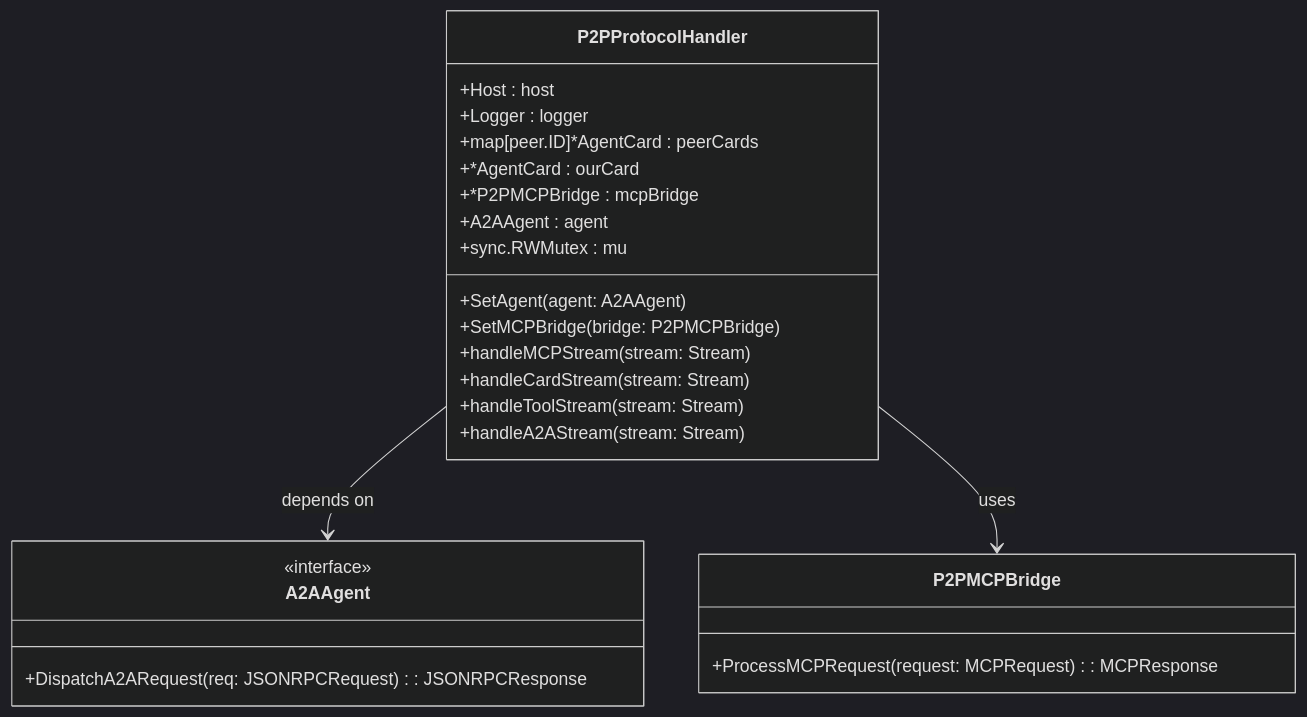
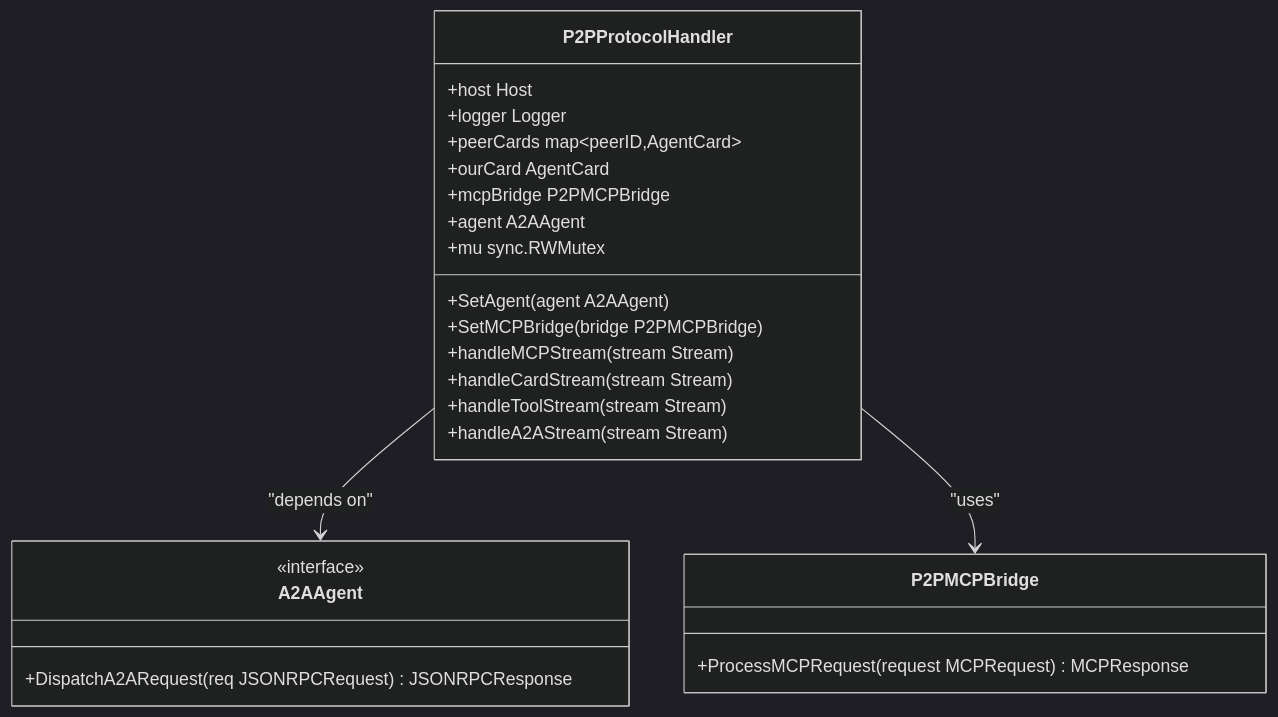
The fourth of 5 diagrams in docs/Architecture Overview/P2P Networking Layer/Connection Lifecycle and Management.md (prxs-ai/praxis-go-sdk), drawn with Mermaid (dark theme) before and after one commit. The commit also changed 33 other files, not shown here.

````diff
--- a/docs/Architecture Overview/P2P Networking Layer/Connection Lifecycle and Management.md
+++ b/docs/Architecture Overview/P2P Networking Layer/Connection Lifecycle and Management.md
@@ -151,27 +151,27 @@
 ```mermaid
 classDiagram
 class P2PProtocolHandler {
-+Host : host
-+Logger : logger
-+map[peer.ID]*AgentCard : peerCards
-+*AgentCard : ourCard
-+*P2PMCPBridge : mcpBridge
-+A2AAgent : agent
-+sync.RWMutex : mu
-+SetAgent(agent: A2AAgent)
-+SetMCPBridge(bridge: P2PMCPBridge)
-+handleMCPStream(stream: Stream)
-+handleCardStream(stream: Stream)
-+handleToolStream(stream: Stream)
-+handleA2AStream(stream: Stream)
++host Host
++logger Logger
++peerCards map~peerID,AgentCard~
++ourCard AgentCard
++mcpBridge P2PMCPBridge
++agent A2AAgent
++mu sync.RWMutex
++SetAgent(agent A2AAgent)
++SetMCPBridge(bridge P2PMCPBridge)
++handleMCPStream(stream Stream)
++handleCardStream(stream Stream)
++handleToolStream(stream Stream)
++handleA2AStream(stream Stream)
 }
 class A2AAgent {
 <<interface>>
-+DispatchA2ARequest(req: JSONRPCRequest) : JSONRPCResponse
++DispatchA2ARequest(req JSONRPCRequest) JSONRPCResponse
 }
 class P2PMCPBridge {
-+ProcessMCPRequest(request: MCPRequest) : MCPResponse
++ProcessMCPRequest(request MCPRequest) MCPResponse
 }
-P2PProtocolHandler --> A2AAgent : depends on
-P2PProtocolHandler --> P2PMCPBridge : uses
+P2PProtocolHandler --> A2AAgent : "depends on"
+P2PProtocolHandler --> P2PMCPBridge : "uses"
 ```
````
